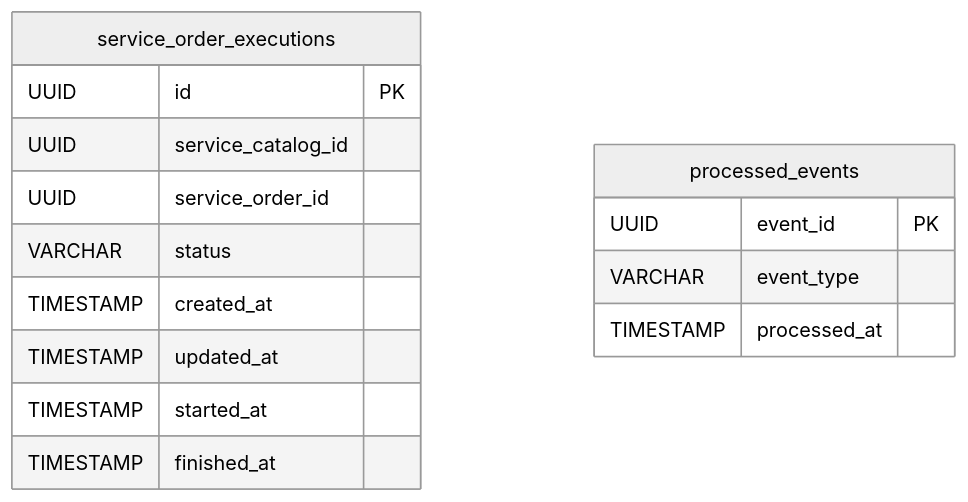
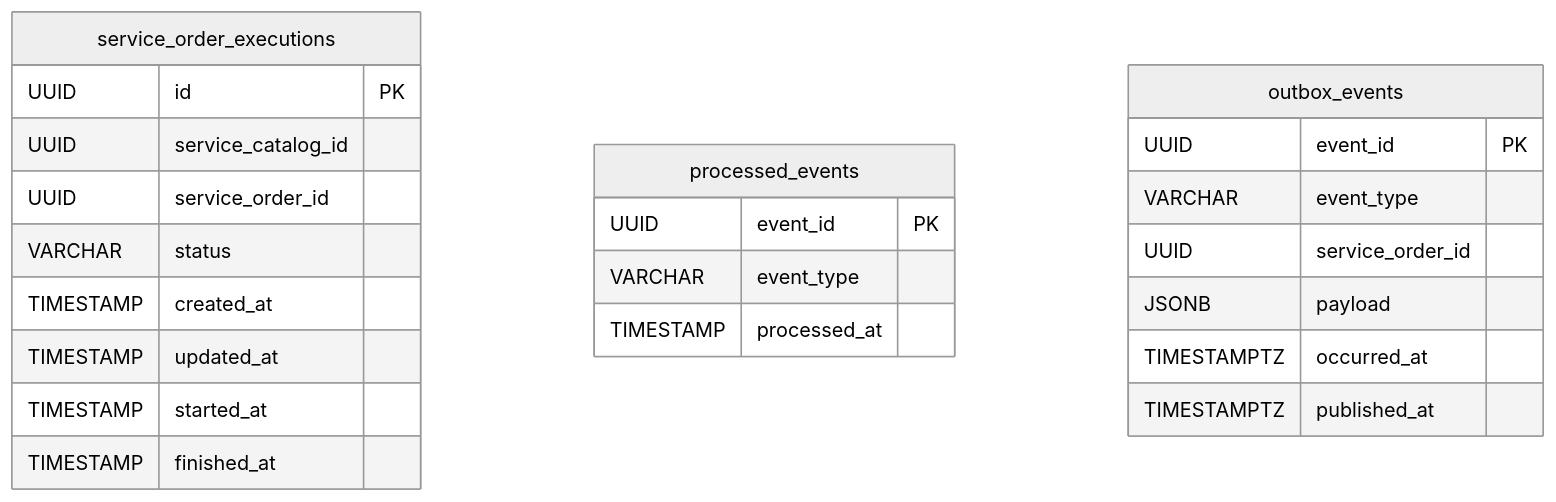
Before and after one commit to 15SOAT-FIAP/ms-ofisy-execution: the diagram in docs/DATABASE.md, drawn with Mermaid (neutral theme). The commit also changed other lines of this file and 2 other files, not shown here.

Commit message:
docs: documentar o outbox e a publicação de eventos

````diff
--- a/docs/DATABASE.md
+++ b/docs/DATABASE.md
@@ -11,18 +11,26 @@
 ```mermaid
 erDiagram
     service_order_executions {
         UUID id PK
         UUID service_catalog_id
         UUID service_order_id
         VARCHAR status
         TIMESTAMP created_at
         TIMESTAMP updated_at
         TIMESTAMP started_at
         TIMESTAMP finished_at
     }
     processed_events {
         UUID event_id PK
         VARCHAR event_type
         TIMESTAMP processed_at
     }
+    outbox_events {
+        UUID event_id PK
+        VARCHAR event_type
+        UUID service_order_id
+        JSONB payload
+        TIMESTAMPTZ occurred_at
+        TIMESTAMPTZ published_at
+    }
 ```
````
